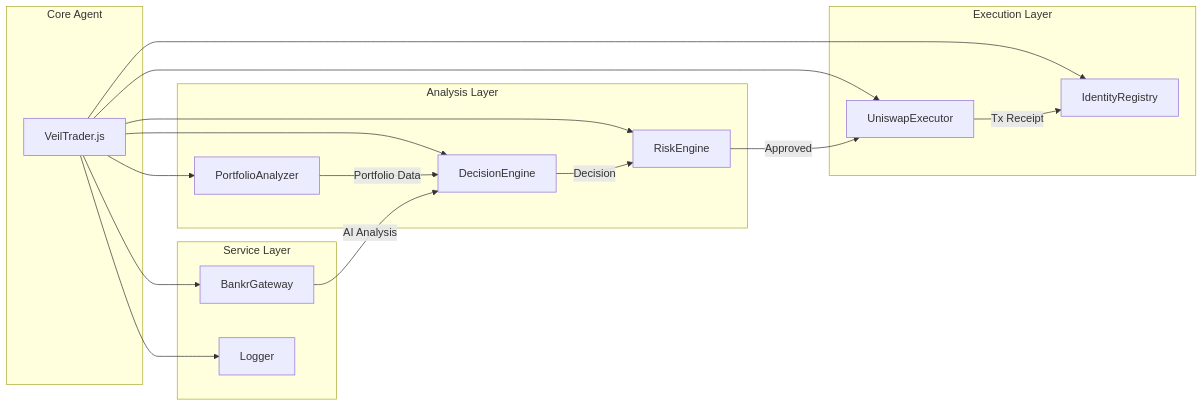
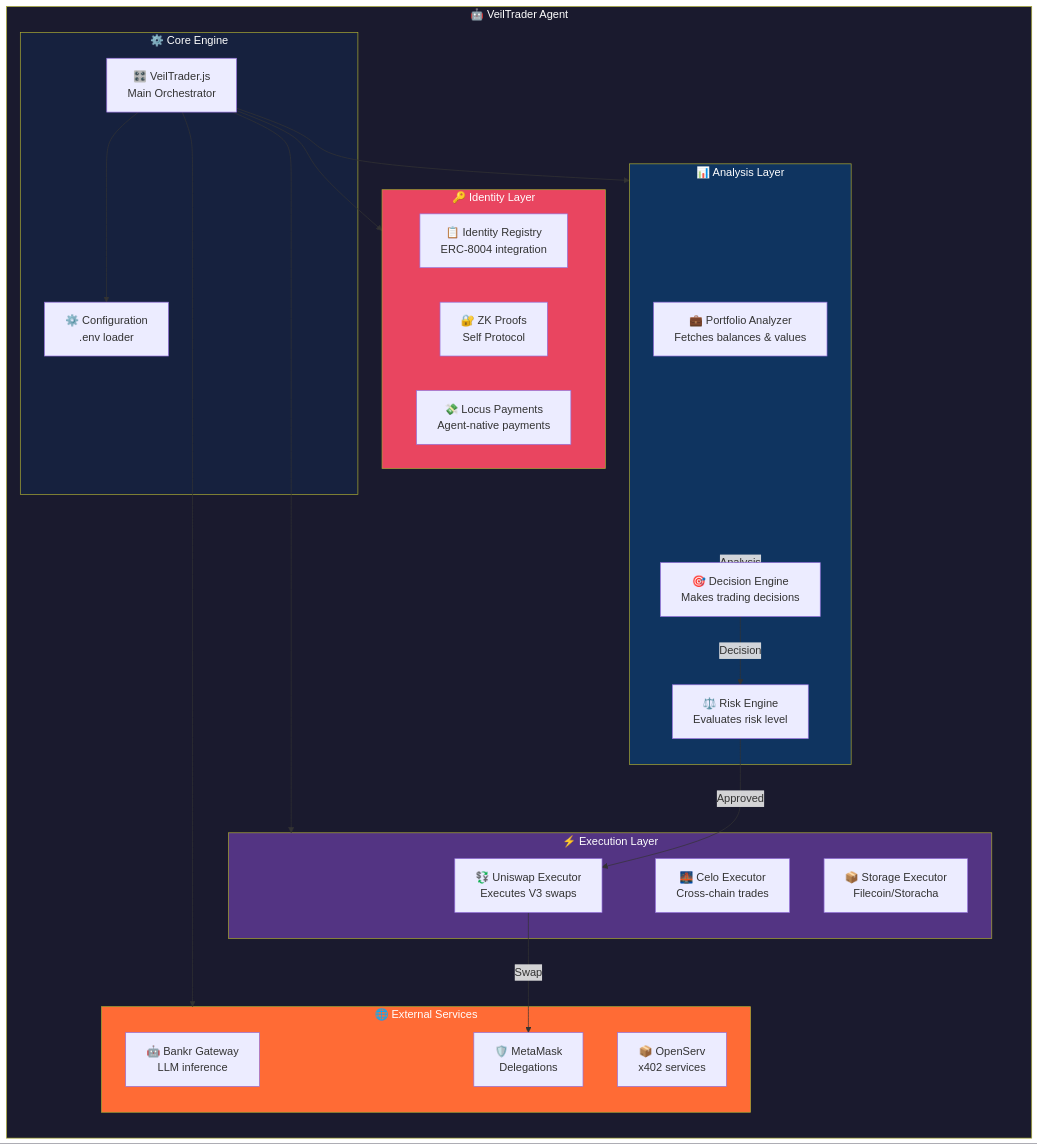
One commit to Moses-main/VeilTrader changed the fourth of 8 diagrams in README.md. Above: the diagram before and after it, drawn with Mermaid. The commit also changed other lines of this file, not shown here.

First line of the commit message:
docs: add comprehensive mermaid architecture diagrams

````diff
--- a/README.md
+++ b/README.md
@@ -82,36 +241,53 @@
 ```mermaid
-flowchart LR
-    subgraph Core["Core Agent"]
-        VT[VeilTrader.js]
+flowchart TB
+    subgraph VeilTrader["🤖 VeilTrader Agent"]
+        direction TB
+        
+        subgraph Core["⚙️ Core Engine"]
+            VT["🎛️ VeilTrader.js<br/>Main Orchestrator"]
+            CFG["⚙️ Configuration<br/>.env loader"]
+        end
+
+        subgraph AnalysisLayer["📊 Analysis Layer"]
+            PA["💼 Portfolio Analyzer<br/>Fetches balances & values"]
+            RE["⚖️ Risk Engine<br/>Evaluates risk level"]
+            DE["🎯 Decision Engine<br/>Makes trading decisions"]
+        end
+
+        subgraph ExecutionLayer["⚡ Execution Layer"]
+            UE["💱 Uniswap Executor<br/>Executes V3 swaps"]
+            CE["🌉 Celo Executor<br/>Cross-chain trades"]
+            STX["📦 Storage Executor<br/>Filecoin/Storacha"]
+        end
+
+        subgraph IdentityLayer["🔑 Identity Layer"]
+            IR["📋 Identity Registry<br/>ERC-8004 integration"]
+            PROOF["🔐 ZK Proofs<br/>Self Protocol"]
+            Locus["💸 Locus Payments<br/>Agent-native payments"]
+        end
+
+        subgraph ServiceLayer["🌐 External Services"]
+            BG["🤖 Bankr Gateway<br/>LLM inference"]
+            META["🛡️ MetaMask<br/>Delegations"]
+            OPENSERV["📦 OpenServ<br/>x402 services"]
+        end
     end
 
-    subgraph Analysis["Analysis Layer"]
-        PA[PortfolioAnalyzer]
-        RE[RiskEngine]
-        DE[DecisionEngine]
-    end
+    VT --> CFG
+    VT --> AnalysisLayer
+    VT --> ExecutionLayer
+    VT --> IdentityLayer
+    VT --> ServiceLayer
 
-    subgraph Execution["Execution Layer"]
-        UE[UniswapExecutor]
-        IR[IdentityRegistry]
-    end
-
-    subgraph Services["Service Layer"]
-        BG[BankrGateway]
-        Logger[Logger]
-    end
-
-    VT --> PA
-    VT --> RE
-    VT --> DE
-    VT --> UE
-    VT --> IR
-    VT --> BG
-    VT --> Logger
-
-    PA -->|"Portfolio Data"| DE
+    AnalysisLayer -->|"Analysis"| DE
     DE -->|"Decision"| RE
     RE -->|"Approved"| UE
-    UE -->|"Tx Receipt"| IR
-    BG -->|"AI Analysis"| DE
+    UE -->|"Swap"| META
+
+    style VeilTrader fill:#1a1a2e,color:#fff
+    style Core fill:#16213e,color:#fff
+    style AnalysisLayer fill:#0f3460,color:#fff
+    style ExecutionLayer fill:#533483,color:#fff
+    style IdentityLayer fill:#e94560,color:#fff
+    style ServiceLayer fill:#ff6b35,color:#fff
 ```
````
